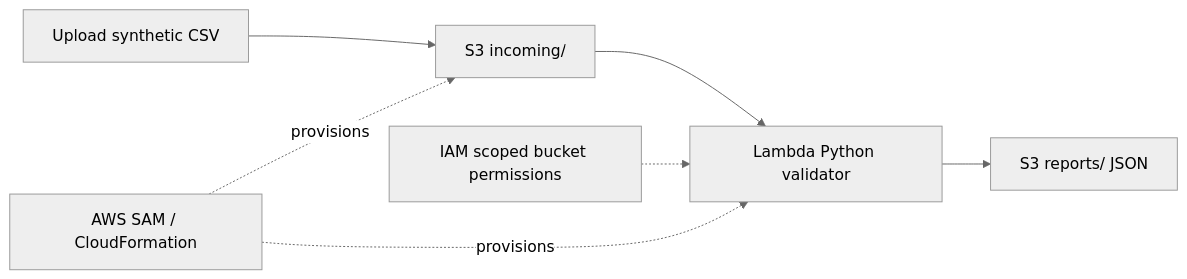
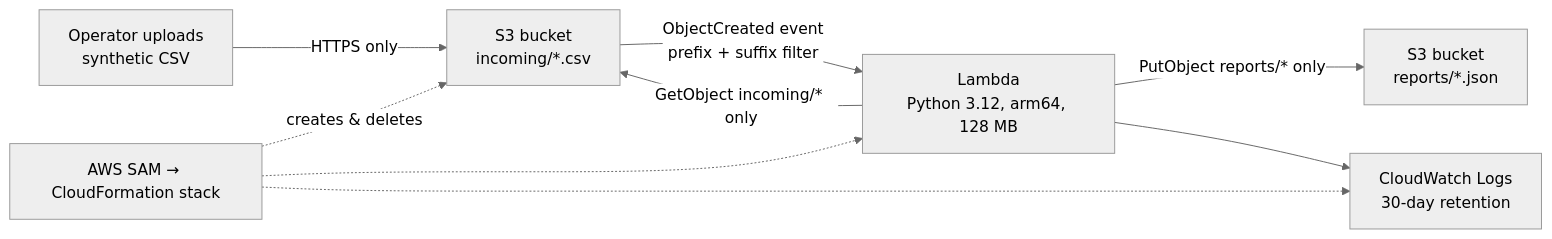
One commit to Torhira-Aminu/patient-data-validator changed the diagram in docs/AWS_DEPLOYMENT.md. Above: the diagram before and after it, drawn with Mermaid (neutral theme). The commit also changed other lines of this file and 10 other files, not shown here.

First line of the commit message:
Fix SAM circular dependency, tighten IAM, harden Lambda handler, add tests and docs

````diff
--- a/docs/AWS_DEPLOYMENT.md
+++ b/docs/AWS_DEPLOYMENT.md
@@ -7,9 +7,11 @@
 ```mermaid
 flowchart LR
-    U[Upload synthetic CSV] --> S[S3 incoming/]
-    S --> L[Lambda Python validator]
-    L --> R[S3 reports/ JSON]
-    I[IAM scoped bucket permissions] -.-> L
-    C[AWS SAM / CloudFormation] -.provisions.-> S
-    C -.provisions.-> L
+    U[Operator uploads<br/>synthetic CSV] -->|HTTPS only| IN[S3 bucket<br/>incoming/*.csv]
+    IN -->|ObjectCreated event<br/>prefix + suffix filter| L[Lambda<br/>Python 3.12, arm64, 128 MB]
+    L -->|GetObject incoming/* only| IN
+    L -->|PutObject reports/* only| OUT[S3 bucket<br/>reports/*.json]
+    L --> CW[CloudWatch Logs<br/>30-day retention]
+    CFN[AWS SAM → CloudFormation stack] -.creates & deletes.-> IN
+    CFN -.-> L
+    CFN -.-> CW
 ```
````
